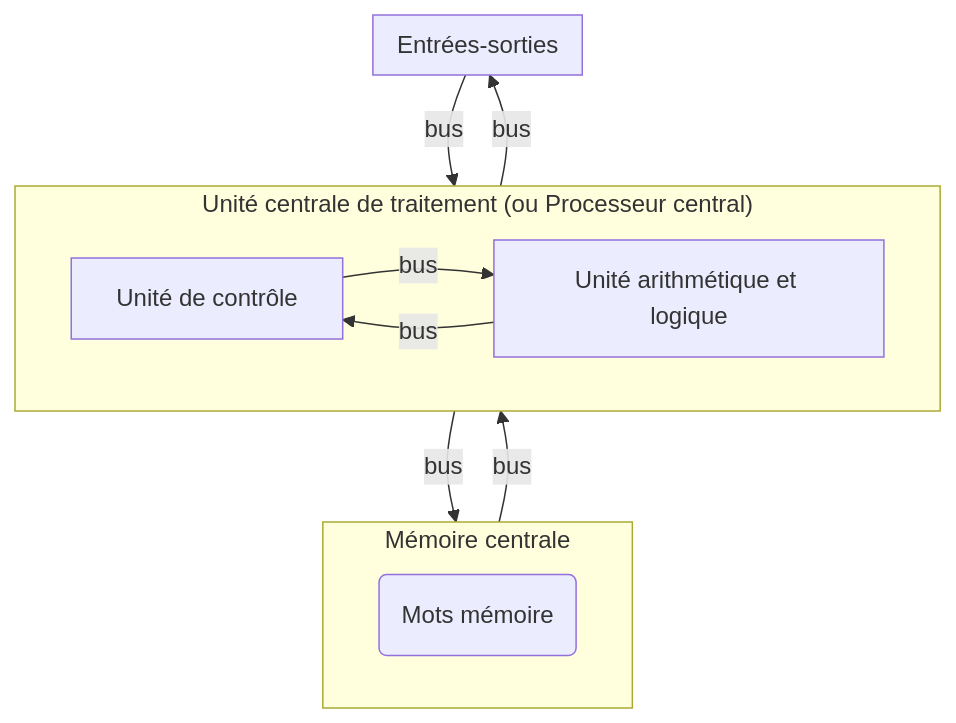
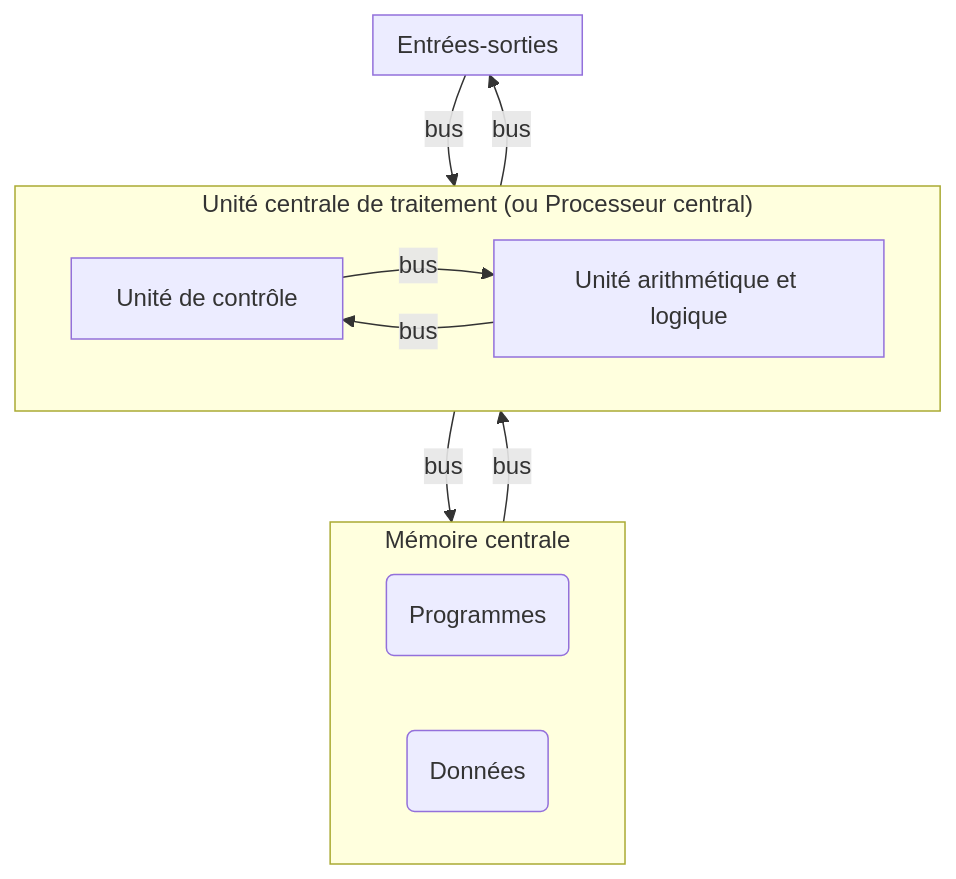
The diagram in première/Architecture_des_machines/Modèle_Von_Neumann.md (boddaert/nsi), drawn with Mermaid before and after one commit. The commit also changed other lines of this file, not shown here.

````diff
--- a/première/Architecture_des_machines/Modèle_Von_Neumann.md
+++ b/première/Architecture_des_machines/Modèle_Von_Neumann.md
@@ -23,21 +33,22 @@
 ```mermaid
 flowchart TB
     
     subgraph a["Unité centrale de traitement (ou Processeur central)"]
         b["Unité de contrôle"] -- bus --> c["Unité arithmétique et logique"]
         c -- bus --> b
     end
 
     subgraph d["Mémoire centrale"]
-        f("Mots mémoire")
+        f("Programmes")
+        g("Données")
     end
     
 
     subgraph e["Entrées-sorties"]
     end
 
     a -- bus --> d
     d -- bus --> a
     e -- bus --> a
     a -- bus --> e
 ```
````
